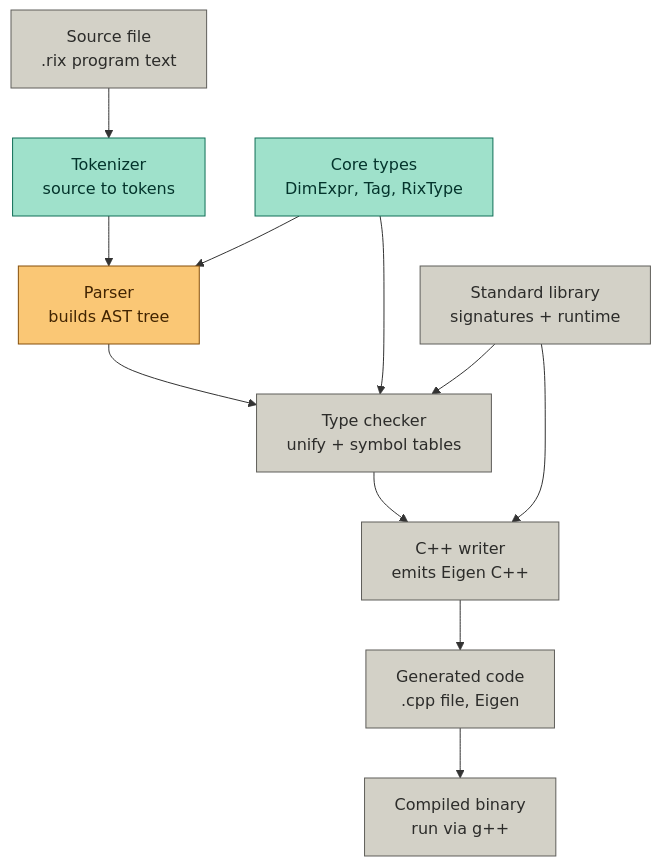
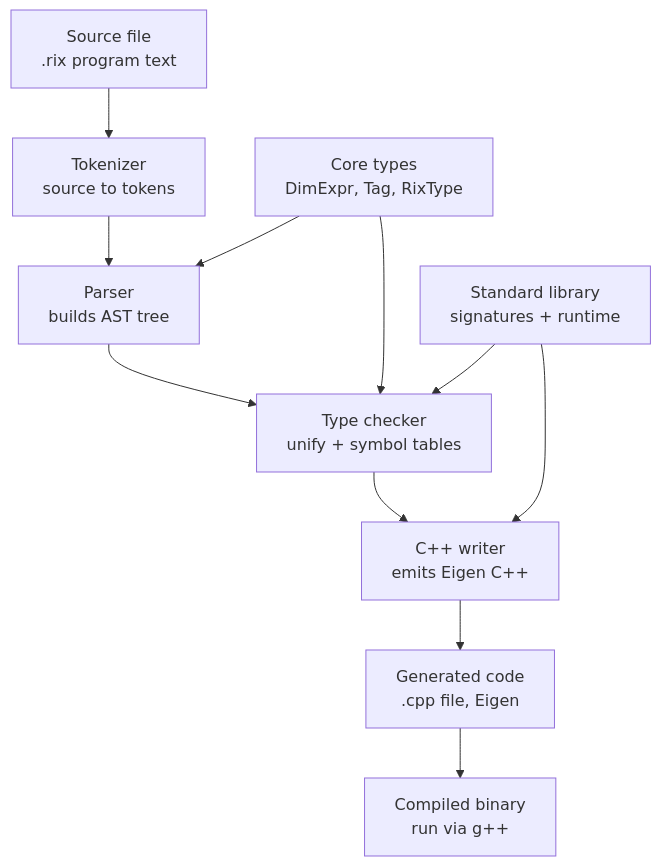
One commit to yiclzh/Rix-Compiler changed the diagram in README.md. Above: the diagram before and after it, drawn with Mermaid.

````diff
--- a/README.md
+++ b/README.md
@@ -26,22 +26,14 @@
 ```mermaid
 flowchart TD
     A[Source file<br/>.rix program text] --> B[Tokenizer<br/>source to tokens]
     B --> C[Parser<br/>builds AST tree]
     C --> D[Type checker<br/>unify + symbol tables]
     D --> E[C++ writer<br/>emits Eigen C++]
     E --> F[Generated code<br/>.cpp file, Eigen]
     F --> G[Compiled binary<br/>run via g++]
 
     H[Core types<br/>DimExpr, Tag, RixType] --> C
     H --> D
     I[Standard library<br/>signatures + runtime] --> D
     I --> E
-
-    classDef done fill:#9FE1CB,stroke:#0F6E56,color:#04342C;
-    classDef next fill:#FAC775,stroke:#854F0B,color:#412402;
-    classDef todo fill:#D3D1C7,stroke:#5F5E5A,color:#2C2C2A;
-
-    class B,H done
-    class C next
-    class A,D,E,F,G,I todo
 ```
````
